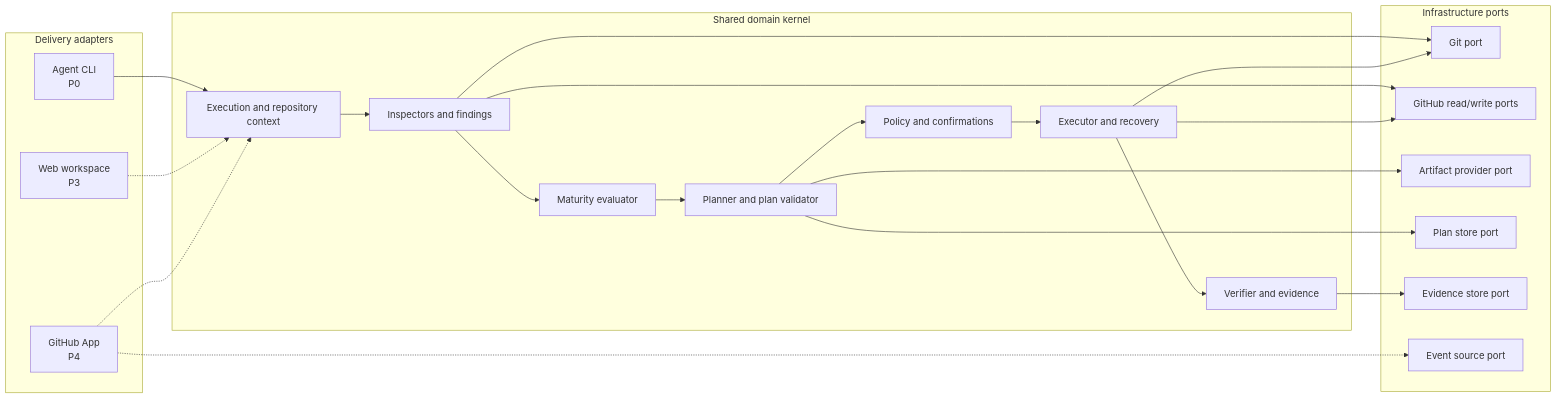
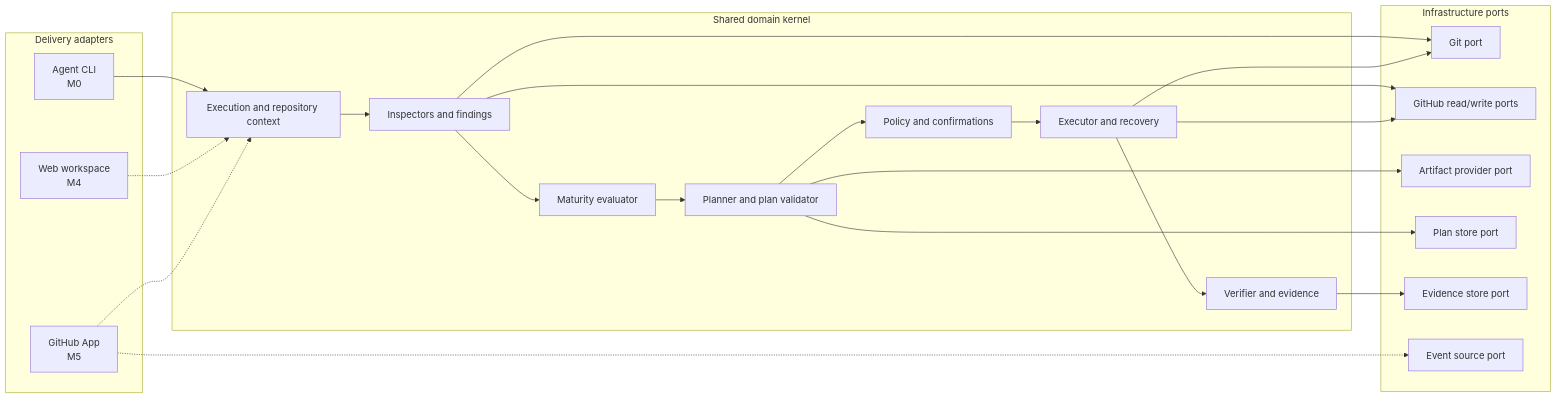
The second of 4 diagrams in docs/ARCHITECTURE.md (HaipingShi/gh-polish), drawn with Mermaid before and after one commit. The commit also changed other lines of this file and 18 other files, not shown here.

````diff
--- a/docs/ARCHITECTURE.md
+++ b/docs/ARCHITECTURE.md
@@ -66,40 +66,40 @@
 ```mermaid
 flowchart LR
     subgraph Delivery["Delivery adapters"]
-        CLI["Agent CLI\nP0"]
-        WebUI["Web workspace\nP3"]
-        App["GitHub App\nP4"]
+        CLI["Agent CLI\nM0"]
+        WebUI["Web workspace\nM4"]
+        App["GitHub App\nM5"]
     end
 
     subgraph Core["Shared domain kernel"]
         Context["Execution and repository context"]
         Inspect["Inspectors and findings"]
         Maturity["Maturity evaluator"]
         Plan["Planner and plan validator"]
         Policy["Policy and confirmations"]
         Execute["Executor and recovery"]
         Verify["Verifier and evidence"]
     end
 
     subgraph Ports["Infrastructure ports"]
         GitPort["Git port"]
         GitHubPort["GitHub read/write ports"]
         ArtifactPort["Artifact provider port"]
         PlanPort["Plan store port"]
         EvidencePort["Evidence store port"]
         EventPort["Event source port"]
     end
 
     CLI --> Context
     WebUI -.-> Context
     App -.-> Context
     Context --> Inspect --> Maturity --> Plan --> Policy --> Execute --> Verify
     Inspect --> GitPort
     Inspect --> GitHubPort
     Plan --> ArtifactPort
     Plan --> PlanPort
     Execute --> GitPort
     Execute --> GitHubPort
     Verify --> EvidencePort
     App -.-> EventPort
 ```
````
